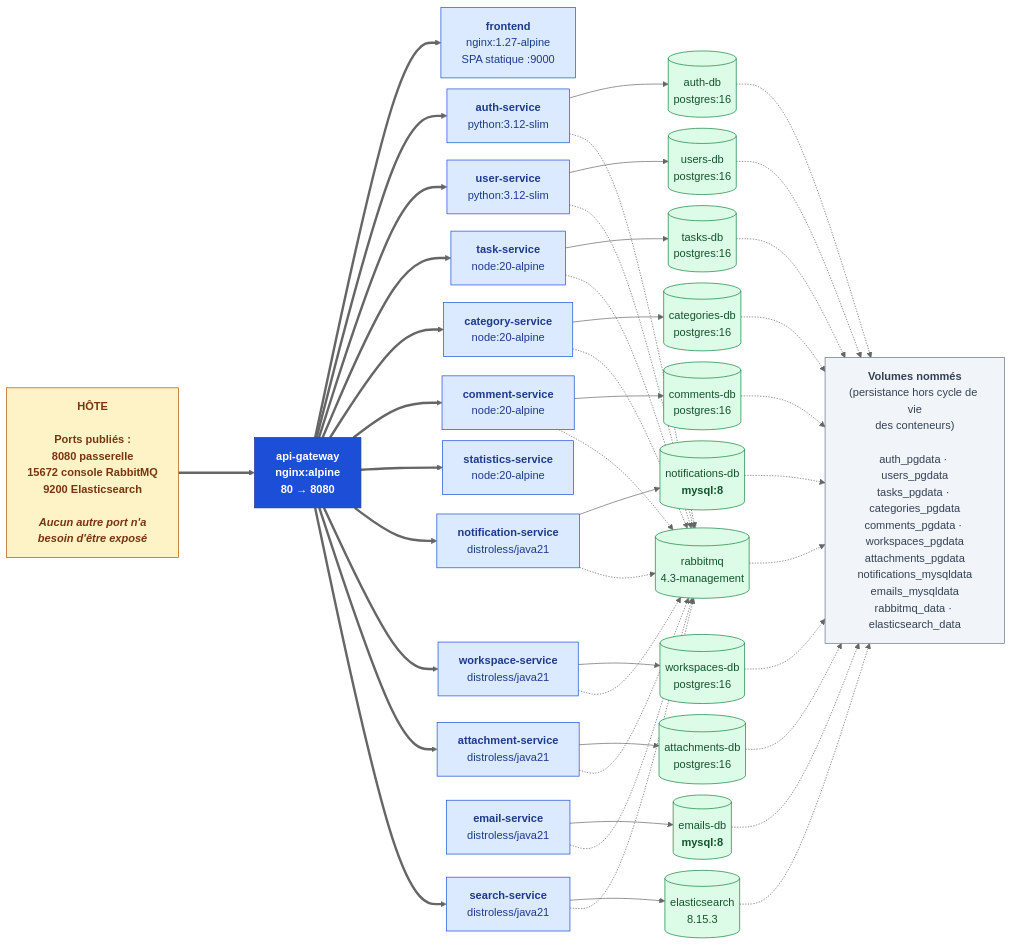
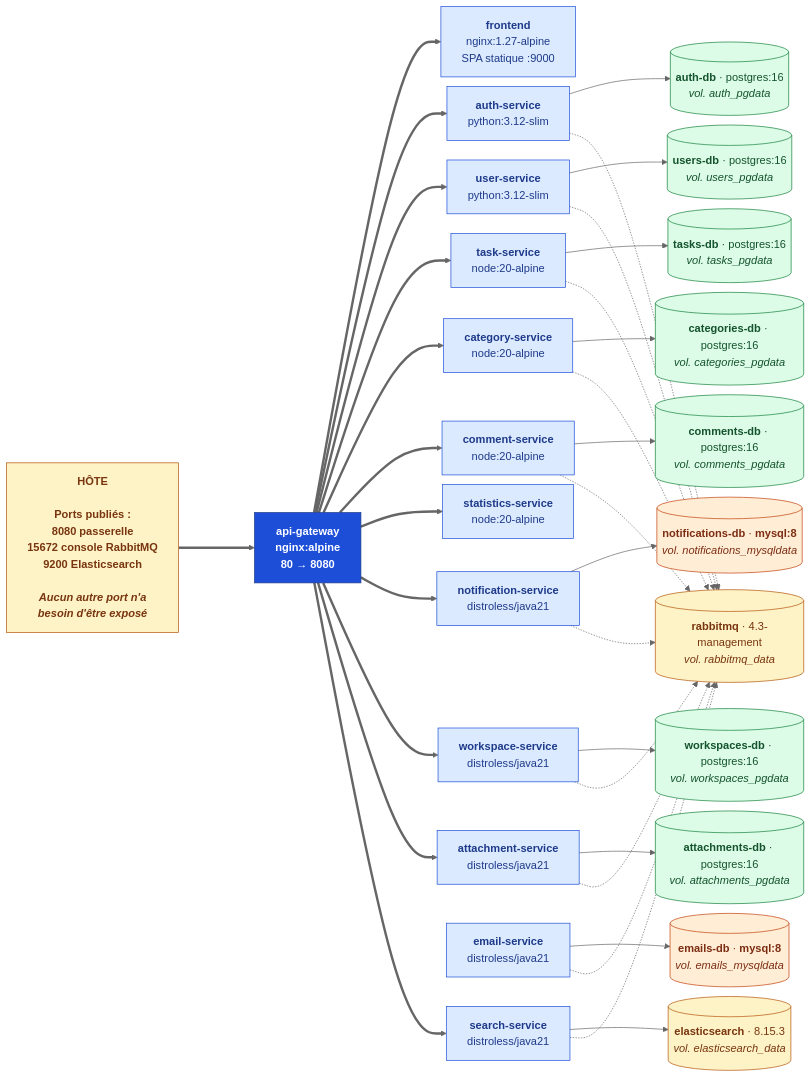
The diagram in rapport/diagrams/03-topologie-docker.mmd (Chipop/microservices-PFE), drawn with Mermaid before and after one commit. The commit also changed 6 other files, not shown here.

```diff
--- a/rapport/diagrams/03-topologie-docker.mmd
+++ b/rapport/diagrams/03-topologie-docker.mmd
@@ -1,60 +1,59 @@
-%%{init: {'theme':'neutral', 'flowchart': {'curve':'basis', 'nodeSpacing':16, 'rankSpacing':110}}}%%
+%%{init: {'theme':'neutral', 'flowchart': {'curve':'basis', 'nodeSpacing':14, 'rankSpacing':110}}}%%
 flowchart LR
     HOST["<b>HÔTE</b><br/><br/>Ports publiés :<br/><b>8080</b> passerelle<br/><b>15672</b> console RabbitMQ<br/><b>9200</b> Elasticsearch<br/><br/><i>Aucun autre port n'a<br/>besoin d'être exposé</i>"]
 
     GW["<b>api-gateway</b><br/>nginx:alpine<br/>80 → 8080"]
 
     FE["<b>frontend</b><br/>nginx:1.27-alpine<br/>SPA statique :9000"]
     A1["<b>auth-service</b><br/>python:3.12-slim"]
     A2["<b>user-service</b><br/>python:3.12-slim"]
     A3["<b>task-service</b><br/>node:20-alpine"]
     A4["<b>category-service</b><br/>node:20-alpine"]
     A5["<b>comment-service</b><br/>node:20-alpine"]
     A6["<b>statistics-service</b><br/>node:20-alpine"]
     A7["<b>notification-service</b><br/>distroless/java21"]
     A8["<b>workspace-service</b><br/>distroless/java21"]
     A9["<b>attachment-service</b><br/>distroless/java21"]
     A10["<b>email-service</b><br/>distroless/java21"]
     A11["<b>search-service</b><br/>distroless/java21"]
 
-    D1[("auth-db<br/>postgres:16")]
-    D2[("users-db<br/>postgres:16")]
-    D3[("tasks-db<br/>postgres:16")]
-    D4[("categories-db<br/>postgres:16")]
-    D5[("comments-db<br/>postgres:16")]
-    D6[("workspaces-db<br/>postgres:16")]
-    D7[("attachments-db<br/>postgres:16")]
-    D8[("notifications-db<br/><b>mysql:8</b>")]
-    D9[("emails-db<br/><b>mysql:8</b>")]
-    RMQ[("rabbitmq<br/>4.3-management")]
-    ESC[("elasticsearch<br/>8.15.3")]
-
-    VOL["<b>Volumes nommés</b><br/>(persistance hors cycle de vie<br/>des conteneurs)<br/><br/>auth_pgdata · users_pgdata<br/>tasks_pgdata · categories_pgdata<br/>comments_pgdata · workspaces_pgdata<br/>attachments_pgdata<br/>notifications_mysqldata<br/>emails_mysqldata<br/>rabbitmq_data · elasticsearch_data"]
+    %% Un conteneur de base + un volume nommé PAR SERVICE. Rien n'est mutualisé.
+    D1[("<b>auth-db</b> · postgres:16<br/><i>vol. auth_pgdata</i>")]
+    D2[("<b>users-db</b> · postgres:16<br/><i>vol. users_pgdata</i>")]
+    D3[("<b>tasks-db</b> · postgres:16<br/><i>vol. tasks_pgdata</i>")]
+    D4[("<b>categories-db</b> · postgres:16<br/><i>vol. categories_pgdata</i>")]
+    D5[("<b>comments-db</b> · postgres:16<br/><i>vol. comments_pgdata</i>")]
+    D6[("<b>workspaces-db</b> · postgres:16<br/><i>vol. workspaces_pgdata</i>")]
+    D7[("<b>attachments-db</b> · postgres:16<br/><i>vol. attachments_pgdata</i>")]
+    D8[("<b>notifications-db</b> · <b>mysql:8</b><br/><i>vol. notifications_mysqldata</i>")]
+    D9[("<b>emails-db</b> · <b>mysql:8</b><br/><i>vol. emails_mysqldata</i>")]
+    RMQ[("<b>rabbitmq</b> · 4.3-management<br/><i>vol. rabbitmq_data</i>")]
+    ESC[("<b>elasticsearch</b> · 8.15.3<br/><i>vol. elasticsearch_data</i>")]
 
     HOST ==> GW
     GW ==> FE & A1 & A2 & A3 & A4 & A5 & A6 & A7 & A8 & A9 & A11
 
     A1 --> D1
     A2 --> D2
     A3 --> D3
     A4 --> D4
     A5 --> D5
     A8 --> D6
     A9 --> D7
     A7 --> D8
     A10 --> D9
     A11 --> ESC
     A1 & A2 & A3 & A4 & A5 & A7 & A8 & A9 & A10 & A11 -.-> RMQ
 
-    D1 & D2 & D3 & D4 & D5 & D6 & D7 & D8 & D9 & RMQ & ESC -.-> VOL
-
     classDef host fill:#fef3c7,stroke:#b45309,color:#78350f,font-weight:bold
     classDef gw fill:#1d4ed8,stroke:#1e3a8a,color:#fff,font-weight:bold
     classDef app fill:#dbeafe,stroke:#1d4ed8,color:#1e3a8a
-    classDef db fill:#dcfce7,stroke:#15803d,color:#14532d
-    classDef vol fill:#f1f5f9,stroke:#64748b,color:#334155
+    classDef pgdb fill:#dcfce7,stroke:#15803d,color:#14532d
+    classDef mydb fill:#ffedd5,stroke:#c2410c,color:#7c2d12
+    classDef infra fill:#fef3c7,stroke:#b45309,color:#78350f
     class HOST host
     class GW gw
     class FE,A1,A2,A3,A4,A5,A6,A7,A8,A9,A10,A11 app
-    class D1,D2,D3,D4,D5,D6,D7,D8,D9,RMQ,ESC db
-    class VOL vol
+    class D1,D2,D3,D4,D5,D6,D7 pgdb
+    class D8,D9 mydb
+    class RMQ,ESC infra
```
